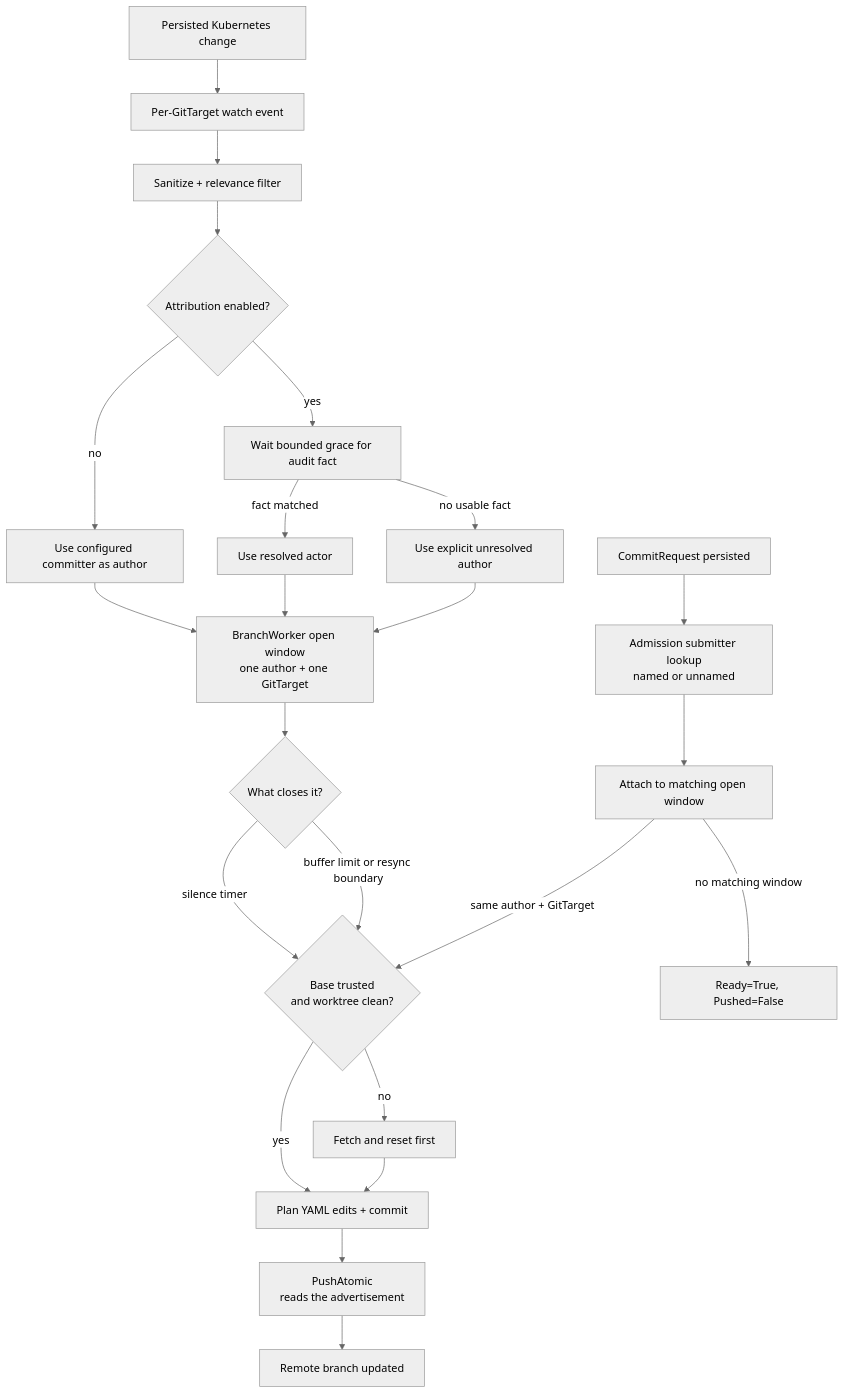
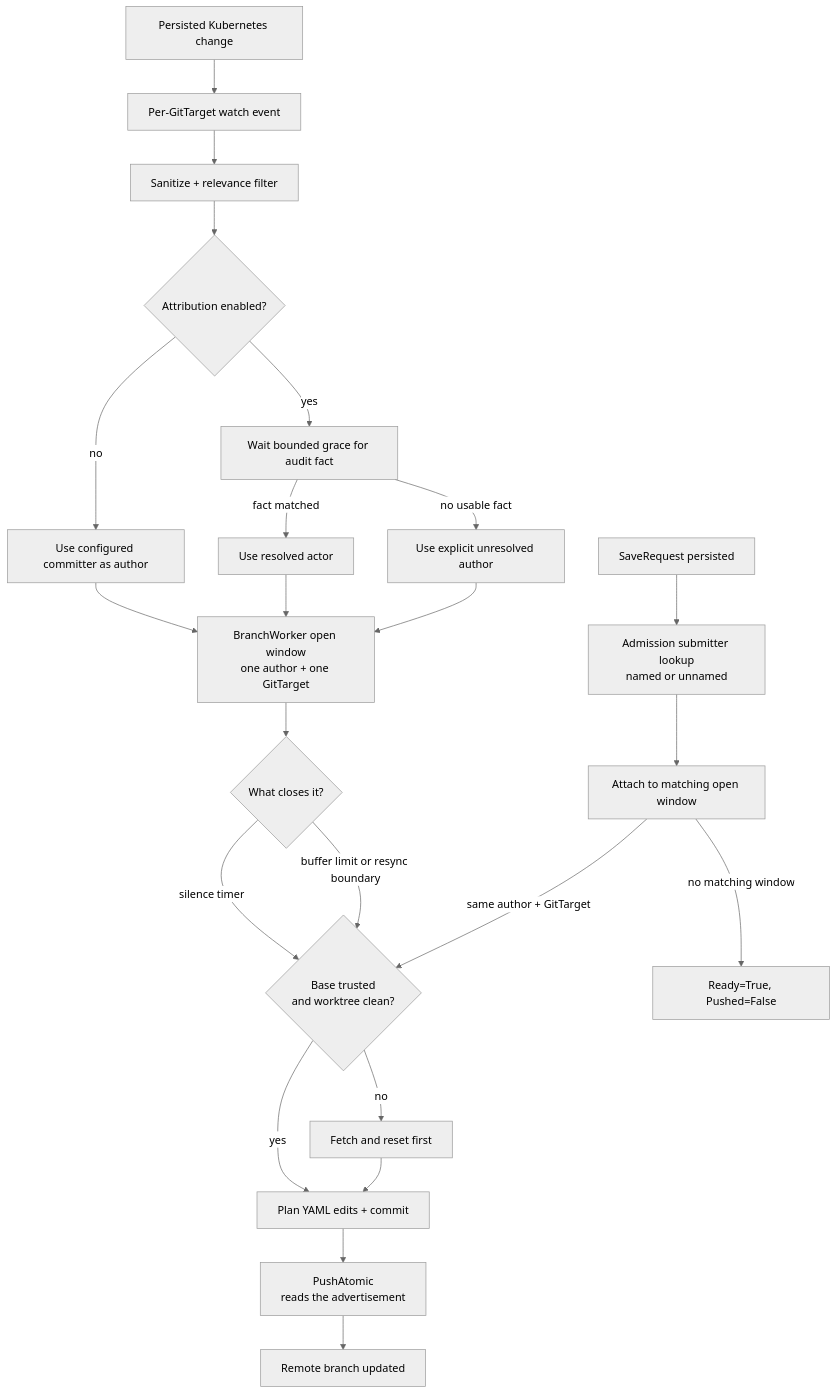
The third of 6 diagrams in docs/architecture.md (ConfigButler/gitops-reverser), drawn with Mermaid (neutral theme) before and after one commit. The commit also changed other lines of this file and 156 other files, not shown here.

First line of the commit message:
feat(api)!: CommitRequest is SaveRequest; the source-cluster save is RemoteSaveRequest

````diff
--- a/docs/architecture.md
+++ b/docs/architecture.md
@@ -729,28 +729,28 @@
 ```mermaid
 flowchart TD
     CHANGE[Persisted Kubernetes change] --> WATCH[Per-GitTarget watch event]
     WATCH --> FILTER[Sanitize + relevance filter]
     FILTER --> AUTHOR{Attribution enabled?}
     AUTHOR -->|yes| AUDIT[Wait bounded grace for audit fact]
     AUTHOR -->|no| COMMITTER[Use configured committer as author]
     AUDIT -->|fact matched| RESOLVED[Use resolved actor]
     AUDIT -->|no usable fact| UNRESOLVED[Use explicit unresolved author]
     COMMITTER --> WINDOW[BranchWorker open window<br/>one author + one GitTarget]
     RESOLVED --> WINDOW
     UNRESOLVED --> WINDOW
 
     WINDOW --> TIMER{What closes it?}
     TIMER -->|silence timer| BASE
     TIMER -->|buffer limit or resync boundary| BASE
 
-    CR[CommitRequest persisted] --> ADMISSION[Admission submitter lookup<br/>named or unnamed]
+    CR[SaveRequest persisted] --> ADMISSION[Admission submitter lookup<br/>named or unnamed]
     ADMISSION --> ATTACH[Attach to matching open window]
     ATTACH -->|same author + GitTarget| BASE
     ATTACH -->|no matching window| BENIGN[Ready=True, Pushed=False]
 
     BASE{Base trusted<br/>and worktree clean?} -->|yes| FLUSH
     BASE -->|no| FETCH[Fetch and reset first]
     FETCH --> FLUSH[Plan YAML edits + commit]
     FLUSH --> PUSH[PushAtomic<br/>reads the advertisement]
     PUSH --> DONE[Remote branch updated]
 ```
````
